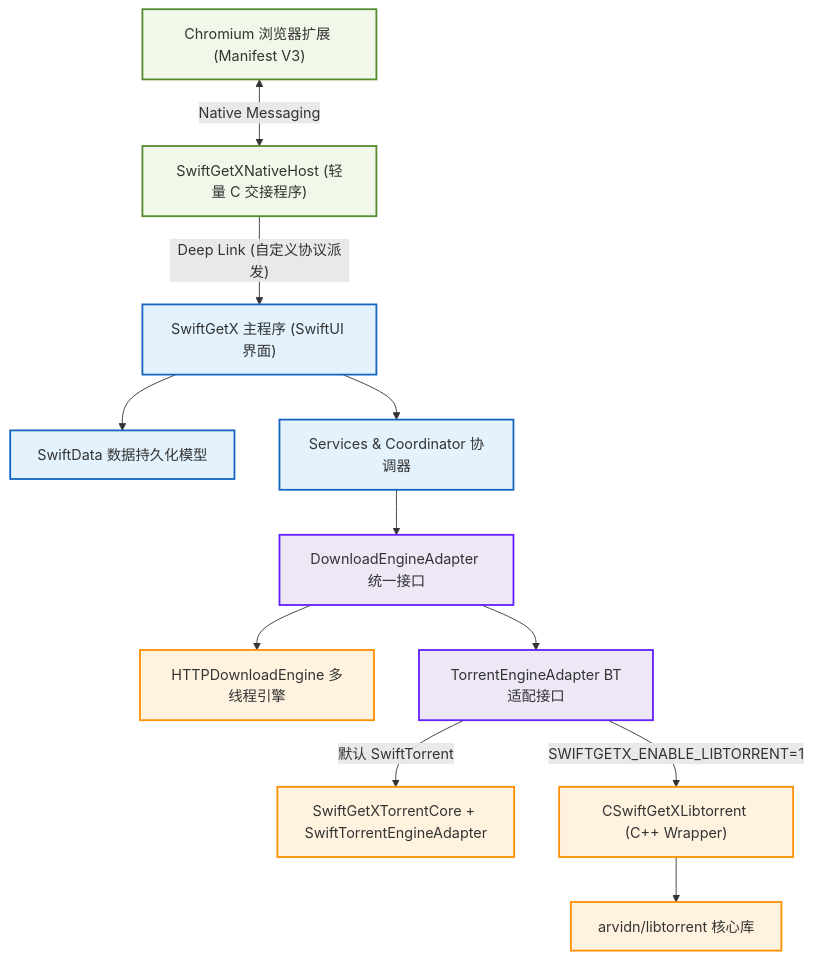
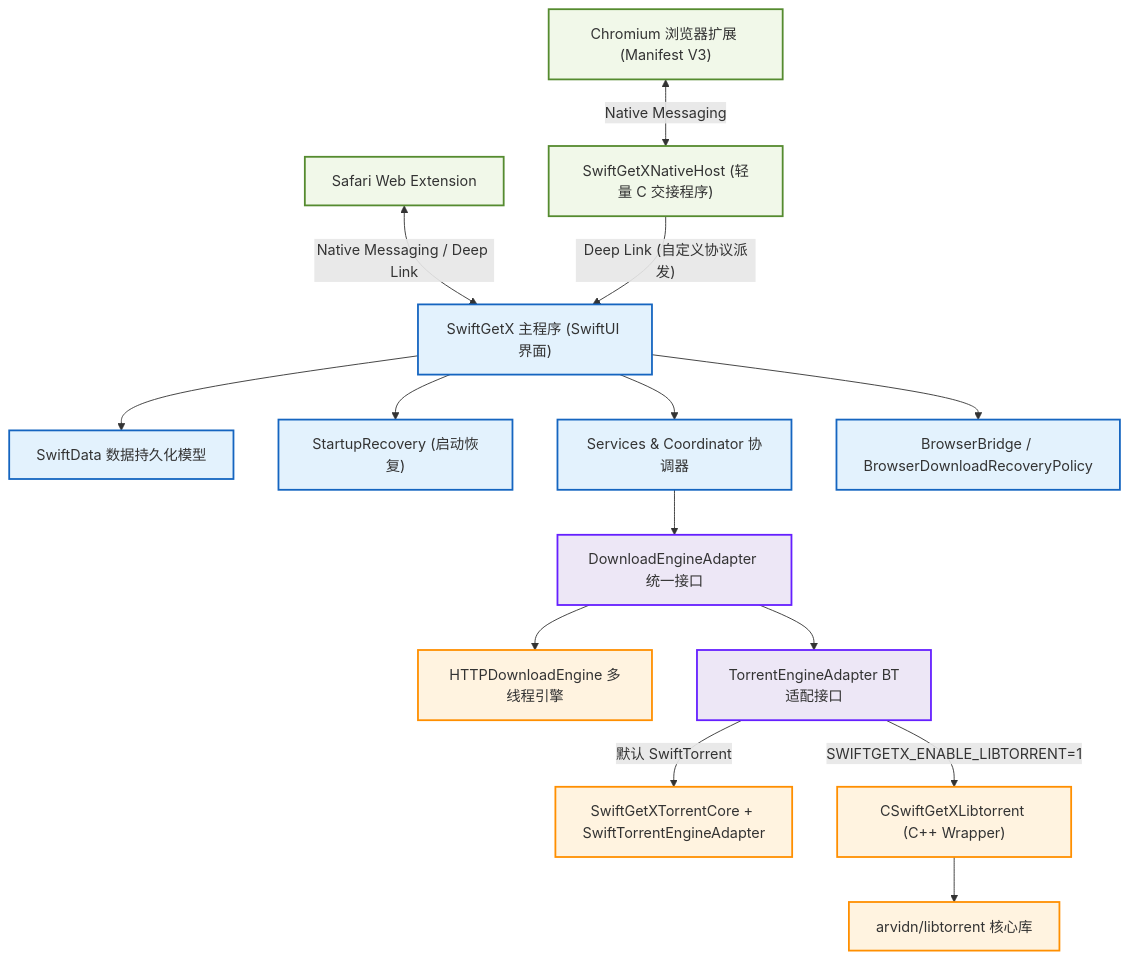
The diagram in README.md (vancehuds/SwiftGetX), drawn with Mermaid before and after one commit. The commit also changed other lines of this file and 14 other files, not shown here.

````diff
--- a/README.md
+++ b/README.md
@@ -74,30 +79,36 @@
 ```mermaid
 graph TD
     classDef main fill:#E3F2FD,stroke:#1565C0,stroke-width:2px;
     classDef browser fill:#F1F8E9,stroke:#558B2F,stroke-width:2px;
     classDef core fill:#EDE7F6,stroke:#651FFF,stroke-width:2px;
     classDef engine fill:#FFF3E0,stroke:#FF8F00,stroke-width:2px;
     
     Chrome["Chromium 浏览器扩展 (Manifest V3)"]:::browser
+    Safari["Safari Web Extension"]:::browser
     NativeHost["SwiftGetXNativeHost (轻量 C 交接程序)"]:::browser
     MainApp["SwiftGetX 主程序 (SwiftUI 界面)"]:::main
     Models["SwiftData 数据持久化模型"]:::main
+    StartupRecovery["StartupRecovery (启动恢复)"]:::main
     Coordinator["Services & Coordinator 协调器"]:::main
+    BrowserBridge["BrowserBridge / BrowserDownloadRecoveryPolicy"]:::main
     Adapter["DownloadEngineAdapter 统一接口"]:::core
     HTTPEngine["HTTPDownloadEngine 多线程引擎"]:::engine
     TorrentAdapter["TorrentEngineAdapter BT适配接口"]:::core
     SwiftTorrent["SwiftGetXTorrentCore + SwiftTorrentEngineAdapter"]:::engine
     LibtorrentWrapper["CSwiftGetXLibtorrent (C++ Wrapper)"]:::engine
     Libtorrent["arvidn/libtorrent 核心库"]:::engine
 
     Chrome <-->|"Native Messaging"| NativeHost
+    Safari <-->|"Native Messaging / Deep Link"| MainApp
     NativeHost -->|"Deep Link (自定义协议派发)"| MainApp
     MainApp --> Models
+    MainApp --> StartupRecovery
     MainApp --> Coordinator
+    MainApp --> BrowserBridge
     Coordinator --> Adapter
     Adapter --> HTTPEngine
     Adapter --> TorrentAdapter
     TorrentAdapter -->|"默认 SwiftTorrent"| SwiftTorrent
     TorrentAdapter -->|"SWIFTGETX_ENABLE_LIBTORRENT=1"| LibtorrentWrapper
     LibtorrentWrapper --> Libtorrent
 ```
````
